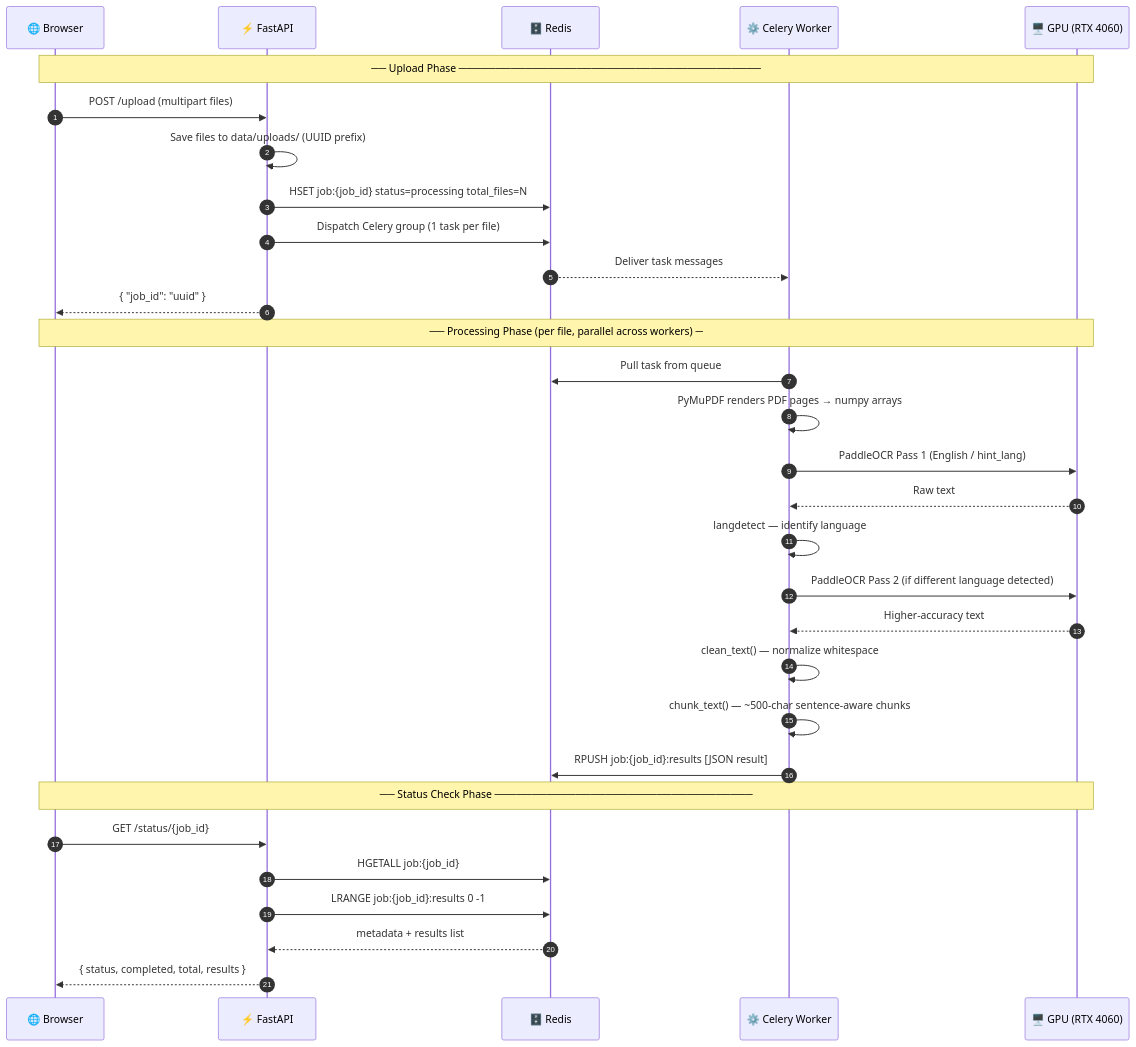
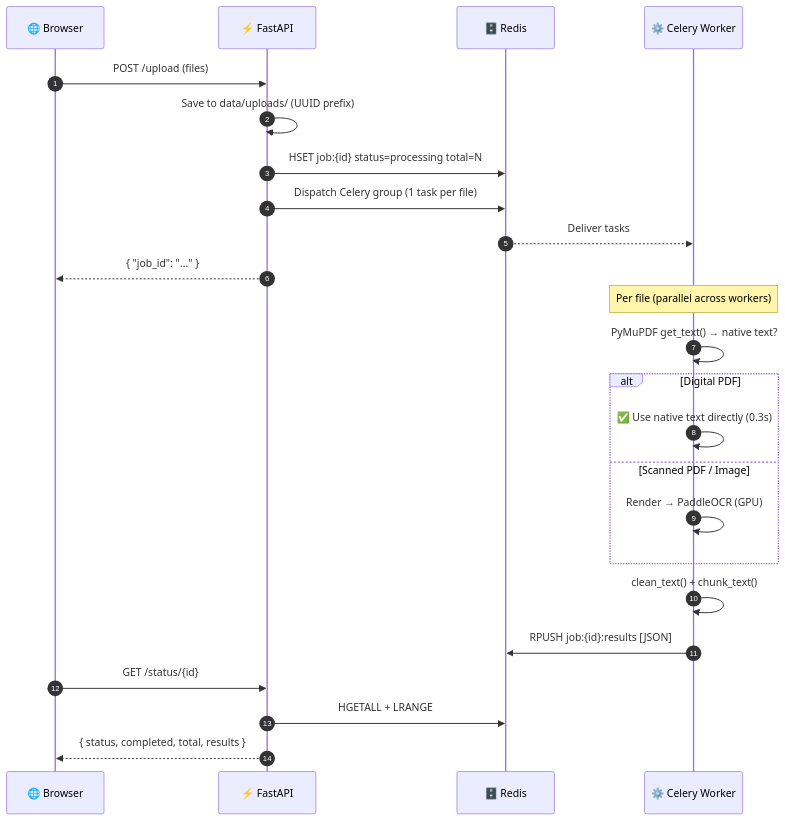
The fourth of 4 diagrams in README.md (ThummarDarshan/Contract_intelligence), drawn with Mermaid before and after one commit. The commit also changed other lines of this file and 4 other files, not shown here.

````diff
--- a/README.md
+++ b/README.md
@@ -380,36 +299,29 @@
 ```mermaid
 sequenceDiagram
     autonumber
     participant B as 🌐 Browser
     participant F as ⚡ FastAPI
     participant R as 🗄️ Redis
     participant C as ⚙️ Celery Worker
-    participant G as 🖥️ GPU (RTX 4060)
 
-    Note over B,G: ── Upload Phase ─────────────────────────────────────────
-    B->>F: POST /upload (multipart files)
-    F->>F: Save files to data/uploads/ (UUID prefix)
-    F->>R: HSET job:{job_id} status=processing total_files=N
+    B->>F: POST /upload (files)
+    F->>F: Save to data/uploads/ (UUID prefix)
+    F->>R: HSET job:{id} status=processing total=N
     F->>R: Dispatch Celery group (1 task per file)
-    R-->>C: Deliver task messages
-    F-->>B: { "job_id": "uuid" }
+    R-->>C: Deliver tasks
+    F-->>B: { "job_id": "..." }
 
-    Note over B,G: ── Processing Phase (per file, parallel across workers) ─
-    C->>R: Pull task from queue
-    C->>C: PyMuPDF renders PDF pages → numpy arrays
-    C->>G: PaddleOCR Pass 1 (English / hint_lang)
-    G-->>C: Raw text
-    C->>C: langdetect — identify language
-    C->>G: PaddleOCR Pass 2 (if different language detected)
-    G-->>C: Higher-accuracy text
-    C->>C: clean_text() — normalize whitespace
-    C->>C: chunk_text() — ~500-char sentence-aware chunks
-    C->>R: RPUSH job:{job_id}:results [JSON result]
+    Note over C: Per file (parallel across workers)
+    C->>C: PyMuPDF get_text() → native text?
+    alt Digital PDF
+        C->>C: ✅ Use native text directly (0.3s)
+    else Scanned PDF / Image
+        C->>C: Render → PaddleOCR (GPU)
+    end
+    C->>C: clean_text() + chunk_text()
+    C->>R: RPUSH job:{id}:results [JSON]
 
-    Note over B,G: ── Status Check Phase ───────────────────────────────────
-    B->>F: GET /status/{job_id}
-    F->>R: HGETALL job:{job_id}
-    F->>R: LRANGE job:{job_id}:results 0 -1
-    R-->>F: metadata + results list
+    B->>F: GET /status/{id}
+    F->>R: HGETALL + LRANGE
     F-->>B: { status, completed, total, results }
 ```
````
